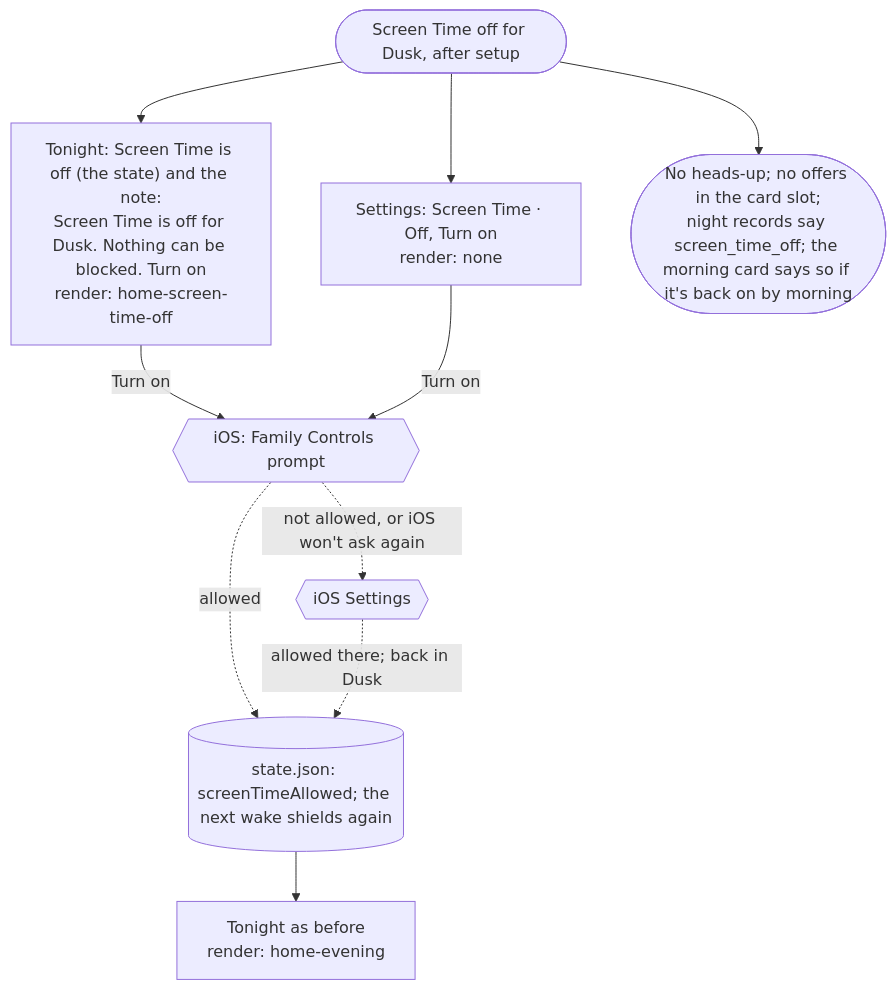
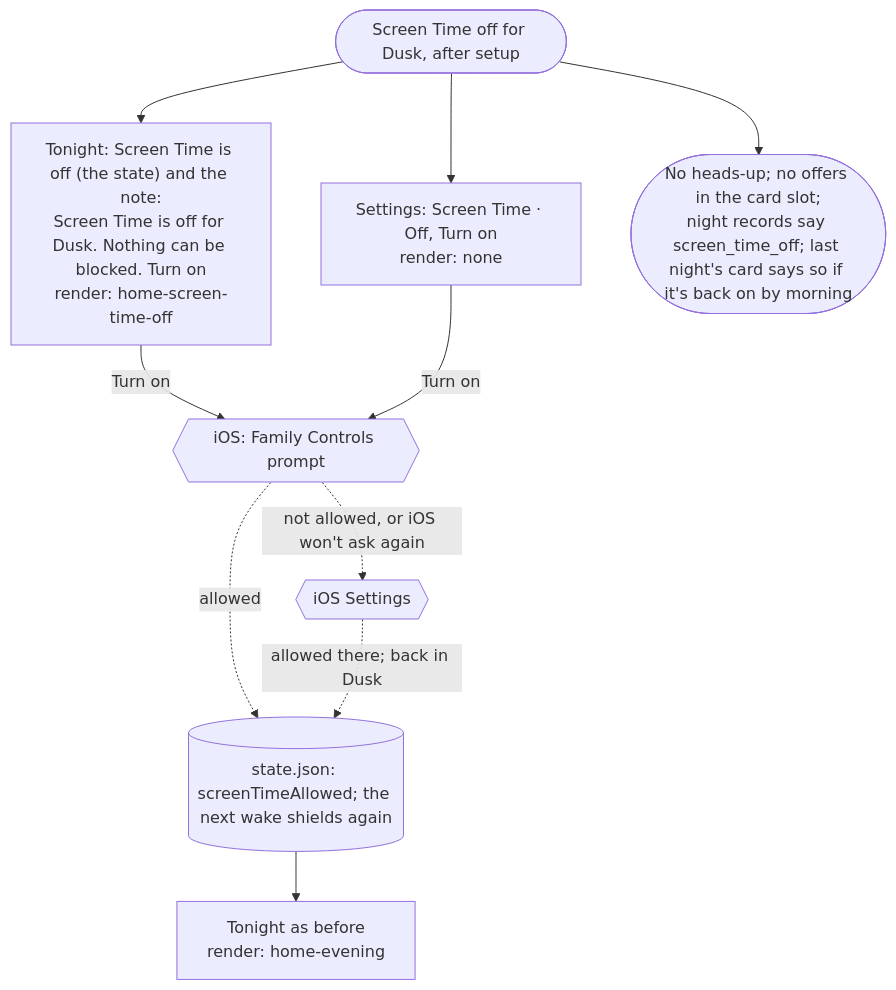
The second of 4 diagrams in docs/flows/permissions.md (adit-rah/toll), drawn with Mermaid before and after one commit. The commit also changed 4 other files, not shown here.

First line of the commit message:
Flows: last night's card is a review (tonight, data, your sleep, onboarding, permissions)

````diff
--- a/docs/flows/permissions.md
+++ b/docs/flows/permissions.md
@@ -30,12 +30,12 @@
 ```mermaid
 flowchart TD
   stOff(["Screen Time off for Dusk, after setup"]) --> tonight["Tonight: Screen Time is off (the state) and the note:<br/>Screen Time is off for Dusk. Nothing can be blocked. Turn on<br/>render: home-screen-time-off"]
   stOff --> settingsRow["Settings: Screen Time · Off, Turn on<br/>render: none"]
-  stOff --> quiet(["No heads-up; no offers in the card slot;<br/>night records say screen_time_off; the morning card says so if it's back on by morning"])
+  stOff --> quiet(["No heads-up; no offers in the card slot;<br/>night records say screen_time_off; last night's card says so if it's back on by morning"])
   tonight -->|"Turn on"| request{{"iOS: Family Controls prompt"}}
   settingsRow -->|"Turn on"| request
   request -.->|"allowed"| back[("state.json: screenTimeAllowed; the next wake shields again")]
   request -.->|"not allowed, or iOS won't ask again"| iosSettings{{"iOS Settings"}}
   iosSettings -.->|"allowed there; back in Dusk"| back
   back --> normal["Tonight as before<br/>render: home-evening"]
 ```
````
